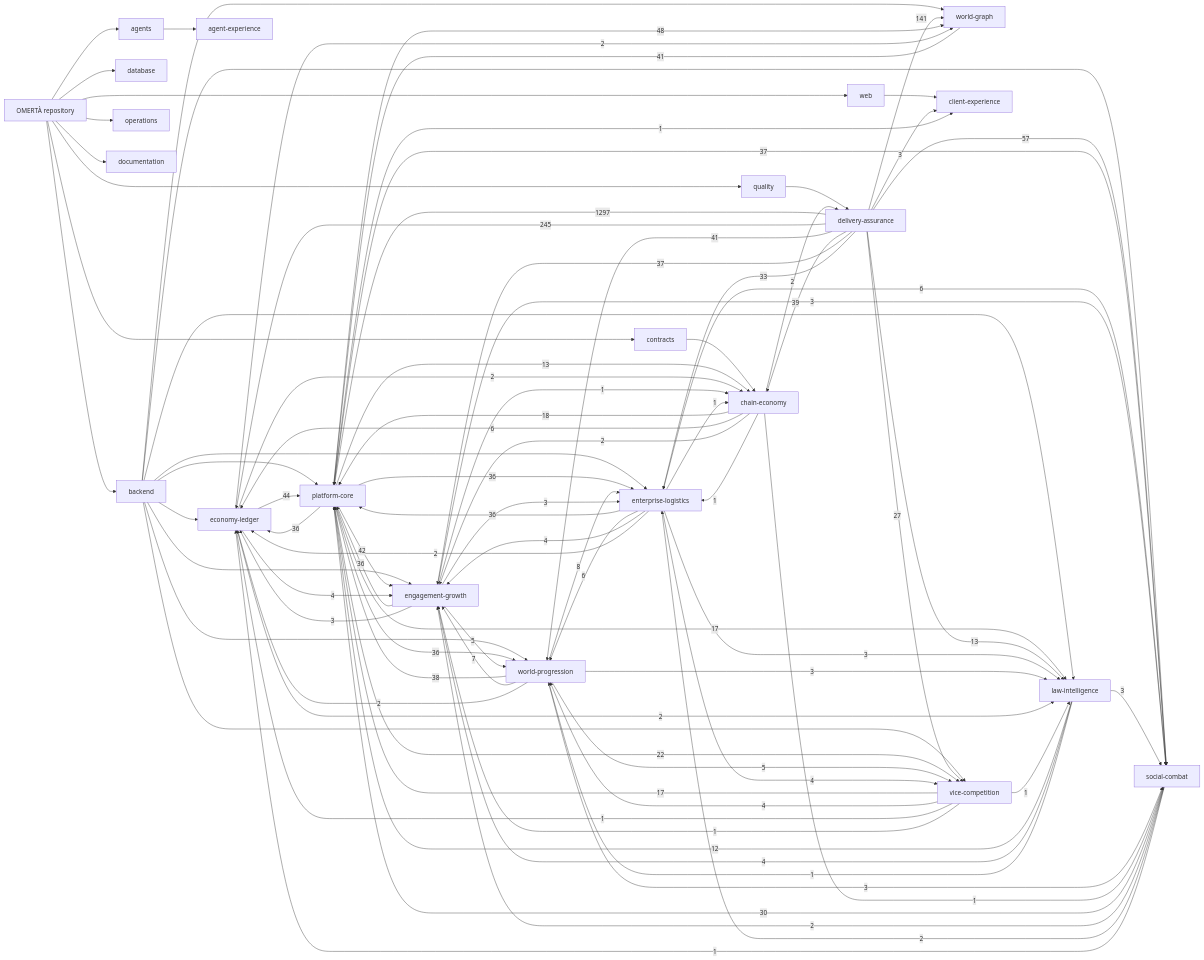
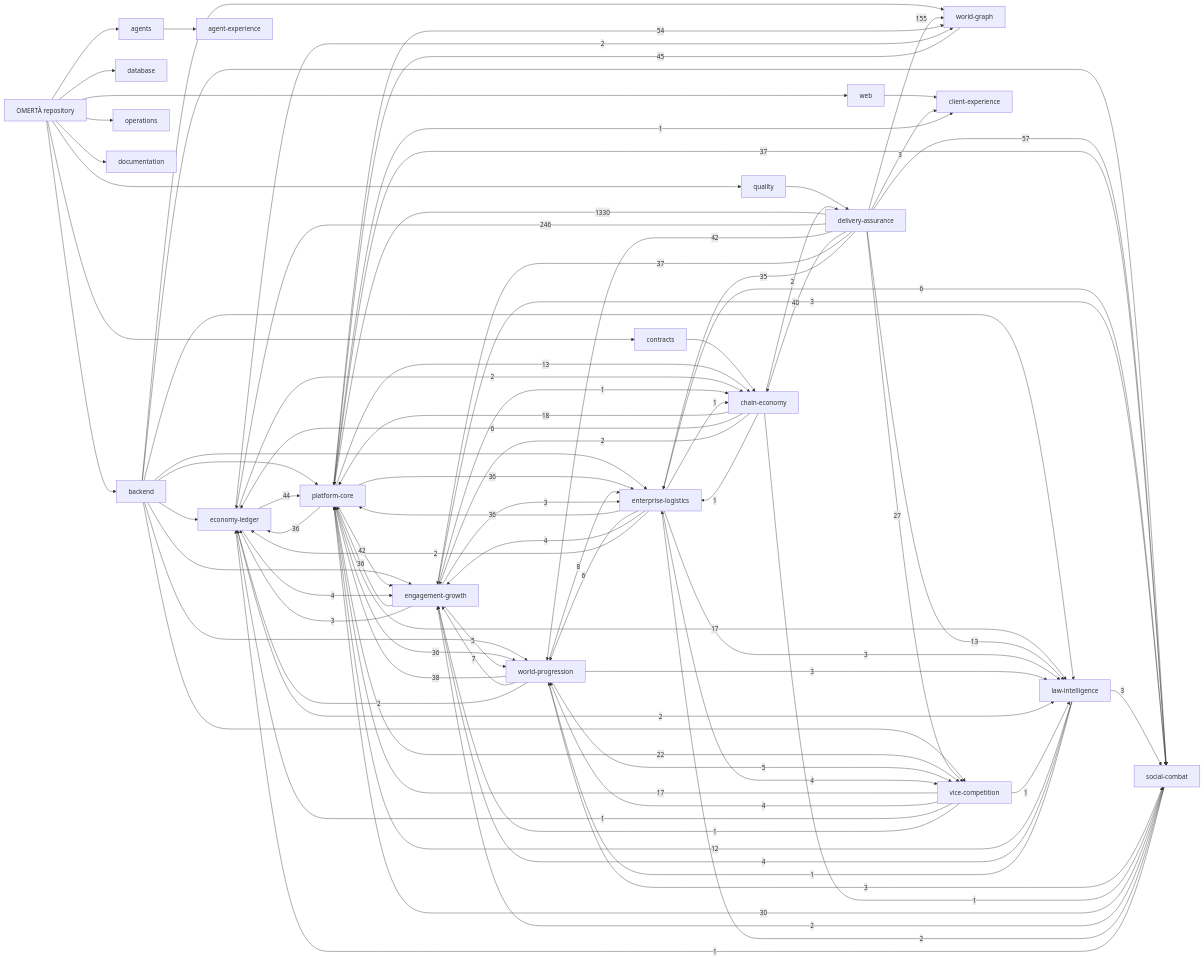
Before and after one commit to OmertaDev/Omerta: the diagram in knowledge/generated/graph.mmd, drawn with Mermaid. The commit also changed 8 other files, not shown here.

```diff
--- a/knowledge/generated/graph.mmd
+++ b/knowledge/generated/graph.mmd
@@ -1,111 +1,111 @@
 flowchart LR
   repo["OMERTÀ repository"]
   sub_backend["backend"]
   repo --> sub_backend
   sub_database["database"]
   repo --> sub_database
   sub_web["web"]
   repo --> sub_web
   sub_contracts["contracts"]
   repo --> sub_contracts
   sub_agents["agents"]
   repo --> sub_agents
   sub_quality["quality"]
   repo --> sub_quality
   sub_operations["operations"]
   repo --> sub_operations
   sub_documentation["documentation"]
   repo --> sub_documentation
   dom_platform-core["platform-core"]
   dom_economy-ledger["economy-ledger"]
   dom_social-combat["social-combat"]
   dom_world-progression["world-progression"]
   dom_world-graph["world-graph"]
   dom_enterprise-logistics["enterprise-logistics"]
   dom_vice-competition["vice-competition"]
   dom_law-intelligence["law-intelligence"]
   dom_chain-economy["chain-economy"]
   dom_engagement-growth["engagement-growth"]
   dom_client-experience["client-experience"]
   dom_agent-experience["agent-experience"]
   dom_delivery-assurance["delivery-assurance"]
   sub_agents --> dom_agent-experience
   sub_backend --> dom_economy-ledger
   sub_backend --> dom_engagement-growth
   sub_backend --> dom_enterprise-logistics
   sub_backend --> dom_law-intelligence
   sub_backend --> dom_platform-core
   sub_backend --> dom_social-combat
   sub_backend --> dom_vice-competition
   sub_backend --> dom_world-graph
   sub_backend --> dom_world-progression
   sub_contracts --> dom_chain-economy
   sub_quality --> dom_delivery-assurance
   sub_web --> dom_client-experience
-  dom_delivery-assurance -->|1297| dom_platform-core
-  dom_delivery-assurance -->|245| dom_economy-ledger
-  dom_delivery-assurance -->|141| dom_world-graph
+  dom_delivery-assurance -->|1330| dom_platform-core
+  dom_delivery-assurance -->|246| dom_economy-ledger
+  dom_delivery-assurance -->|155| dom_world-graph
   dom_delivery-assurance -->|57| dom_social-combat
-  dom_platform-core -->|48| dom_world-graph
+  dom_platform-core -->|54| dom_world-graph
+  dom_world-graph -->|45| dom_platform-core
   dom_economy-ledger -->|44| dom_platform-core
+  dom_delivery-assurance -->|42| dom_world-progression
   dom_platform-core -->|42| dom_engagement-growth
-  dom_delivery-assurance -->|41| dom_world-progression
-  dom_world-graph -->|41| dom_platform-core
-  dom_delivery-assurance -->|39| dom_chain-economy
+  dom_delivery-assurance -->|40| dom_chain-economy
   dom_world-progression -->|38| dom_platform-core
   dom_delivery-assurance -->|37| dom_engagement-growth
   dom_platform-core -->|37| dom_social-combat
   dom_engagement-growth -->|36| dom_platform-core
   dom_enterprise-logistics -->|36| dom_platform-core
   dom_platform-core -->|36| dom_economy-ledger
   dom_platform-core -->|36| dom_enterprise-logistics
   dom_platform-core -->|36| dom_world-progression
-  dom_delivery-assurance -->|33| dom_enterprise-logistics
+  dom_delivery-assurance -->|35| dom_enterprise-logistics
   dom_social-combat -->|30| dom_platform-core
   dom_delivery-assurance -->|27| dom_vice-competition
   dom_platform-core -->|22| dom_vice-competition
   dom_chain-economy -->|18| dom_platform-core
   dom_platform-core -->|17| dom_law-intelligence
   dom_vice-competition -->|17| dom_platform-core
   dom_delivery-assurance -->|13| dom_law-intelligence
   dom_platform-core -->|13| dom_chain-economy
   dom_law-intelligence -->|12| dom_platform-core
   dom_world-progression -->|8| dom_enterprise-logistics
   dom_world-progression -->|7| dom_engagement-growth
   dom_chain-economy -->|6| dom_economy-ledger
   dom_enterprise-logistics -->|6| dom_social-combat
   dom_enterprise-logistics -->|6| dom_world-progression
   dom_engagement-growth -->|5| dom_world-progression
   dom_world-progression -->|5| dom_vice-competition
   dom_economy-ledger -->|4| dom_engagement-growth
   dom_enterprise-logistics -->|4| dom_engagement-growth
   dom_enterprise-logistics -->|4| dom_vice-competition
   dom_law-intelligence -->|4| dom_engagement-growth
   dom_vice-competition -->|4| dom_world-progression
   dom_delivery-assurance -->|3| dom_client-experience
   dom_engagement-growth -->|3| dom_economy-ledger
   dom_engagement-growth -->|3| dom_enterprise-logistics
   dom_engagement-growth -->|3| dom_social-combat
   dom_enterprise-logistics -->|3| dom_law-intelligence
   dom_law-intelligence -->|3| dom_social-combat
   dom_world-progression -->|3| dom_law-intelligence
   dom_world-progression -->|3| dom_social-combat
   dom_chain-economy -->|2| dom_delivery-assurance
   dom_chain-economy -->|2| dom_engagement-growth
   dom_economy-ledger -->|2| dom_chain-economy
   dom_economy-ledger -->|2| dom_law-intelligence
   dom_economy-ledger -->|2| dom_world-graph
   dom_enterprise-logistics -->|2| dom_economy-ledger
   dom_social-combat -->|2| dom_engagement-growth
   dom_social-combat -->|2| dom_enterprise-logistics
   dom_world-progression -->|2| dom_economy-ledger
   dom_chain-economy -->|1| dom_enterprise-logistics
   dom_chain-economy -->|1| dom_social-combat
   dom_engagement-growth -->|1| dom_chain-economy
   dom_enterprise-logistics -->|1| dom_chain-economy
   dom_law-intelligence -->|1| dom_world-progression
   dom_platform-core -->|1| dom_client-experience
   dom_social-combat -->|1| dom_economy-ledger
   dom_vice-competition -->|1| dom_economy-ledger
   dom_vice-competition -->|1| dom_engagement-growth
   dom_vice-competition -->|1| dom_law-intelligence
```
